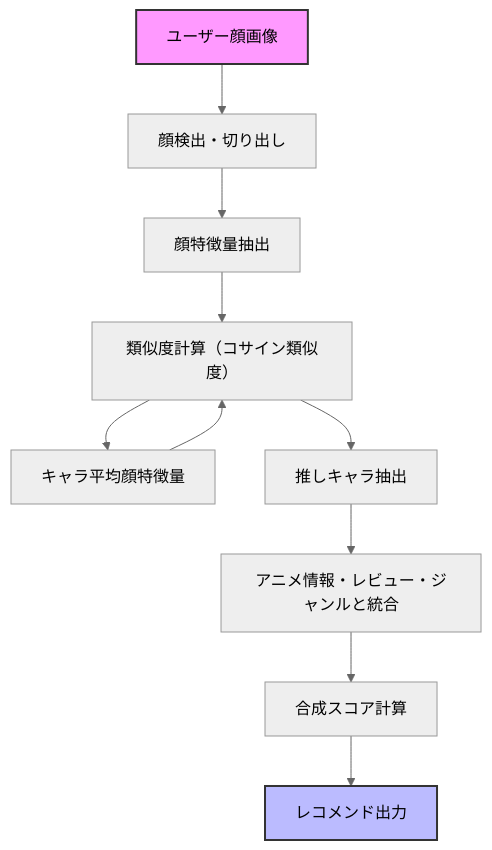
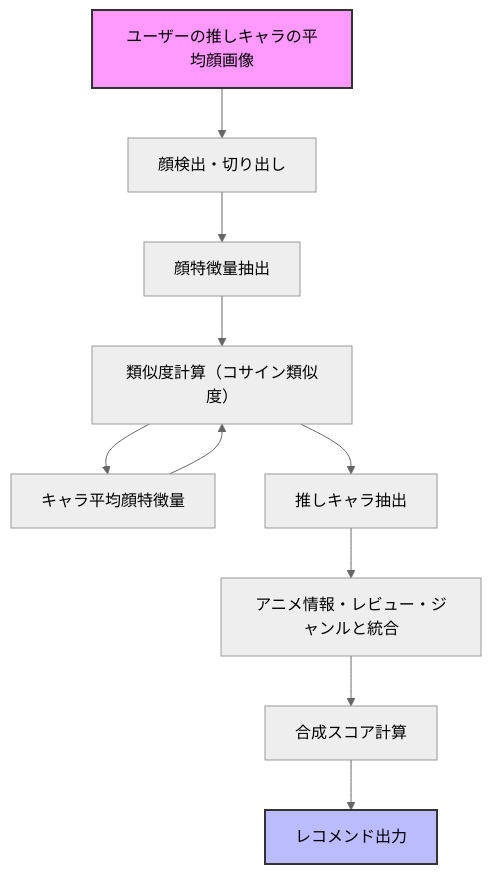
The diagram in Recomend1/docs/diagram.md (ayano-yuki/RecomendAverageFace), drawn with Mermaid (neutral theme) before and after one commit. The commit also changed other lines of this file and 4 other files, not shown here.

````diff
--- a/Recomend1/docs/diagram.md
+++ b/Recomend1/docs/diagram.md
@@ -3,14 +3,14 @@
 ```mermaid
 graph TD;
-  A["ユーザー顔画像"] --> B["顔検出・切り出し"]
+  A["ユーザーの推しキャラの平均顔画像"] --> B["顔検出・切り出し"]
   B --> C["顔特徴量抽出"]
   C --> D["類似度計算（コサイン類似度）"]
   D --> E["キャラ平均顔特徴量"]
   E --> D
   D --> F["推しキャラ抽出"]
   F --> G["アニメ情報・レビュー・ジャンルと統合"]
   G --> H["合成スコア計算"]
   H --> I["レコメンド出力"]
   style A fill:#f9f,stroke:#333,stroke-width:2px;
   style I fill:#bbf,stroke:#333,stroke-width:2px;
 ```
````
